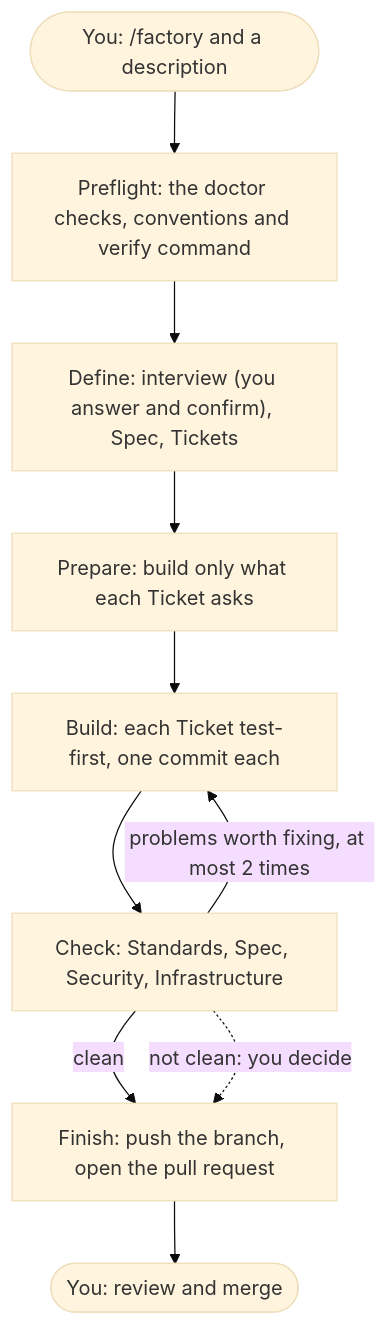
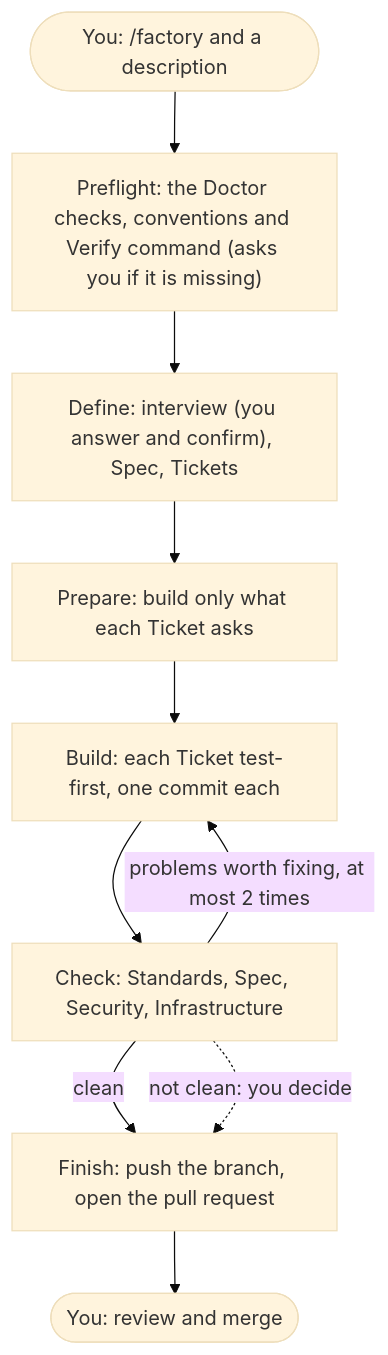
Before and after one commit to TDSchreur/tds-factory: the first of 3 diagrams in docs/usage.md, drawn with Mermaid (base theme). The commit also changed other lines of this file and 8 other files, not shown here.

````diff
--- a/docs/usage.md
+++ b/docs/usage.md
@@ -7,12 +7,12 @@
 ```mermaid
 flowchart TB
-    start(["You: /factory and a description"]) --> pre["Preflight: the doctor checks, conventions and verify command"]
+    start(["You: /factory and a description"]) --> pre["Preflight: the Doctor checks, conventions and Verify command (asks you if it is missing)"]
     pre --> define["Define: interview (you answer and confirm), Spec, Tickets"]
     define --> prepare["Prepare: build only what each Ticket asks"]
     prepare --> build["Build: each Ticket test-first, one commit each"]
     build --> check["Check: Standards, Spec, Security, Infrastructure"]
     check -->|"problems worth fixing, at most 2 times"| build
     check -->|"clean"| finish["Finish: push the branch, open the pull request"]
     check -.->|"not clean: you decide"| finish
     finish --> review(["You: review and merge"])
 ```
````
